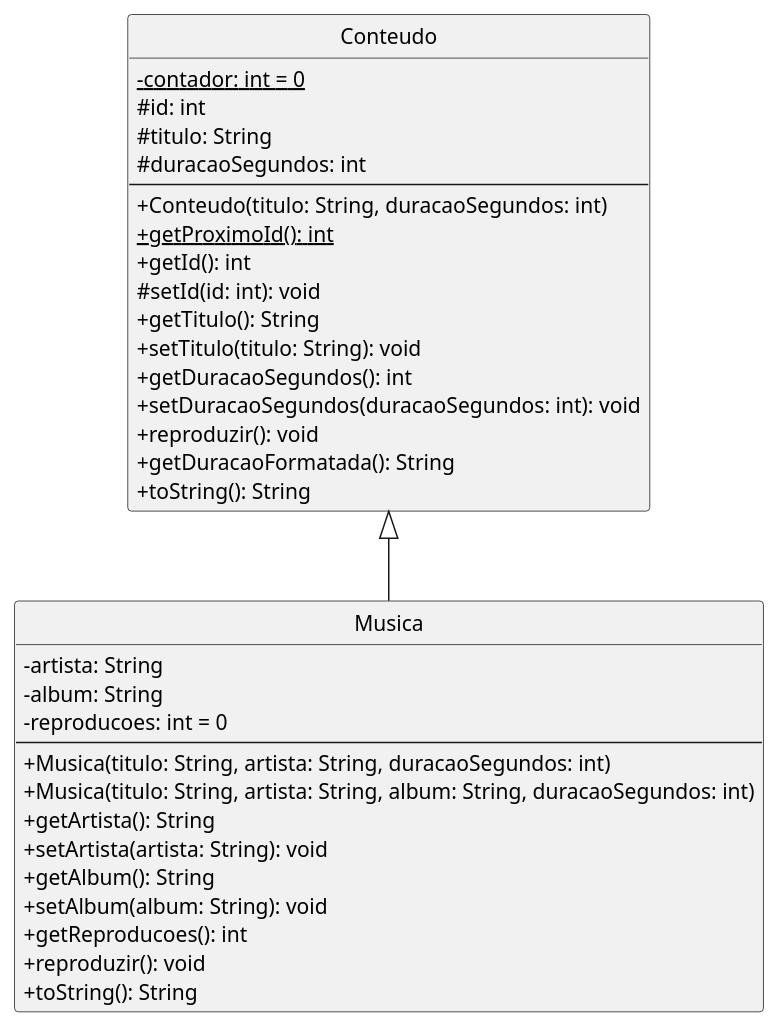
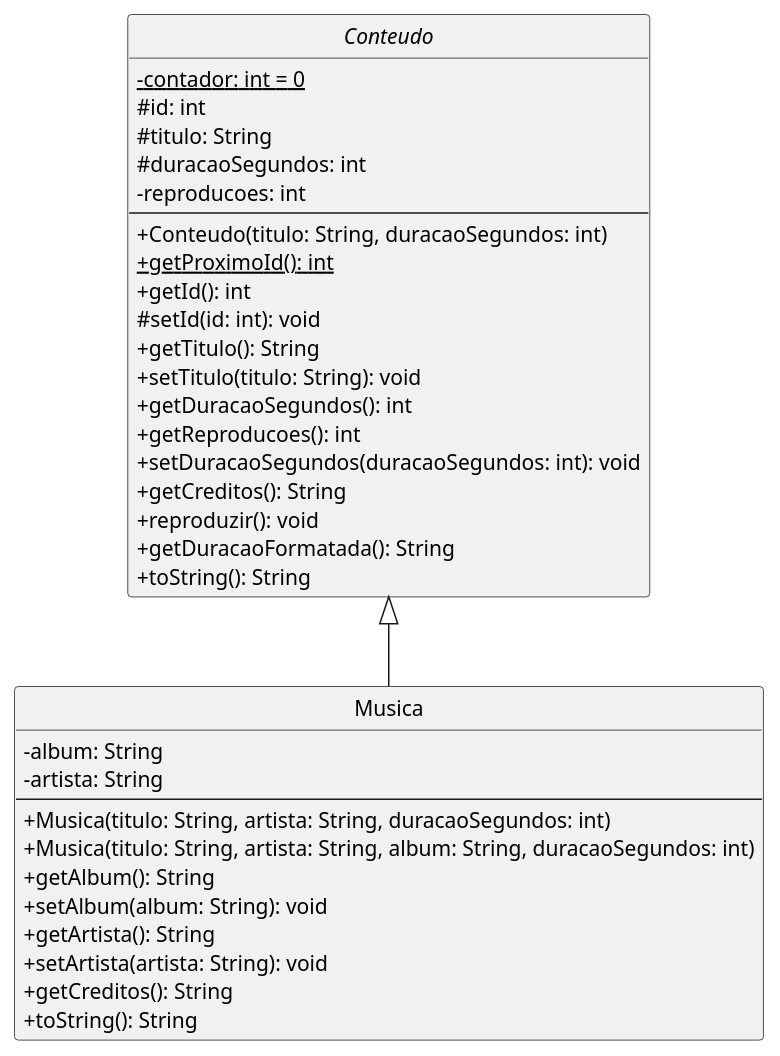
The diagram in docs/pumls/models/Musica.puml (viictor-h-amaral/FaculBCC), drawn with PlantUML before and after one commit. The commit also changed 9 other files, not shown here.

Commit message:
Etapa A.1 - ajuste na UML

```diff
--- a/docs/pumls/models/Musica.puml
+++ b/docs/pumls/models/Musica.puml
@@ -3,40 +3,41 @@
 @startuml "Musica class"
 skinparam classAttributeIconSize 0
 hide circle
 
-class Conteudo {
+abstract class Conteudo {
   -{static} contador: int = 0
   #id: int
   #titulo: String
   #duracaoSegundos: int
+  -reproducoes: int
   --
   +Conteudo(titulo: String, duracaoSegundos: int)
   +{static} getProximoId(): int
   +getId(): int
   #setId(id: int): void
   +getTitulo(): String
   +setTitulo(titulo: String): void
   +getDuracaoSegundos(): int
+  +getReproducoes(): int
   +setDuracaoSegundos(duracaoSegundos: int): void
+  +getCreditos(): String
   +reproduzir(): void
   +getDuracaoFormatada(): String
   +toString(): String
 }
 
 class Musica extends Conteudo {
+  -album: String
   -artista: String
-  -album: String
-  -reproducoes: int = 0
   --
   +Musica(titulo: String, artista: String, duracaoSegundos: int)
   +Musica(titulo: String, artista: String, album: String, duracaoSegundos: int)
+  +getAlbum(): String
+  +setAlbum(album: String): void
   +getArtista(): String
   +setArtista(artista: String): void
-  +getAlbum(): String
-  +setAlbum(album: String): void
-  +getReproducoes(): int
-  +reproduzir(): void
+  +getCreditos(): String
   +toString(): String
 }
 
 @enduml
```
